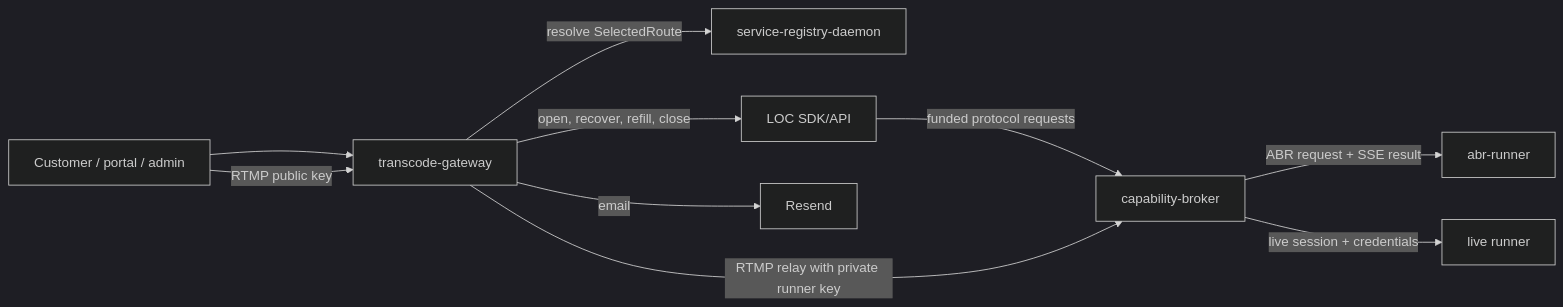
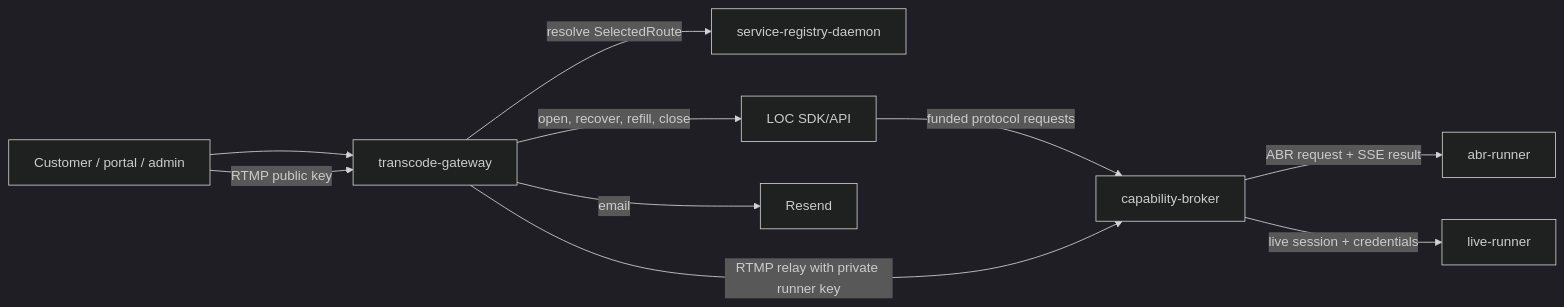
Before and after one commit to Cloud-SPE/livepeer-modules-transcode: the diagram in docs/design-docs/architecture-overview.md, drawn with Mermaid (dark theme). The commit also changed 18 other files, not shown here.

First line of the commit message:
feat: define live paid-session runner contract

````diff
--- a/docs/design-docs/architecture-overview.md
+++ b/docs/design-docs/architecture-overview.md
@@ -18,12 +18,12 @@
 ```mermaid
 flowchart LR
     C[Customer / portal / admin] --> G[transcode-gateway]
     G -->|resolve SelectedRoute| R[service-registry-daemon]
     G -->|open, recover, refill, close| L[LOC SDK/API]
     L -->|funded protocol requests| B[capability-broker]
     B -->|ABR request + SSE result| A[abr-runner]
-    B -->|live session + credentials| V[live runner]
+    B -->|live session + credentials| V[live-runner]
     C -->|RTMP public key| G
     G -->|RTMP relay with private runner key| B
     G -->|email| E[Resend]
 ```
````
